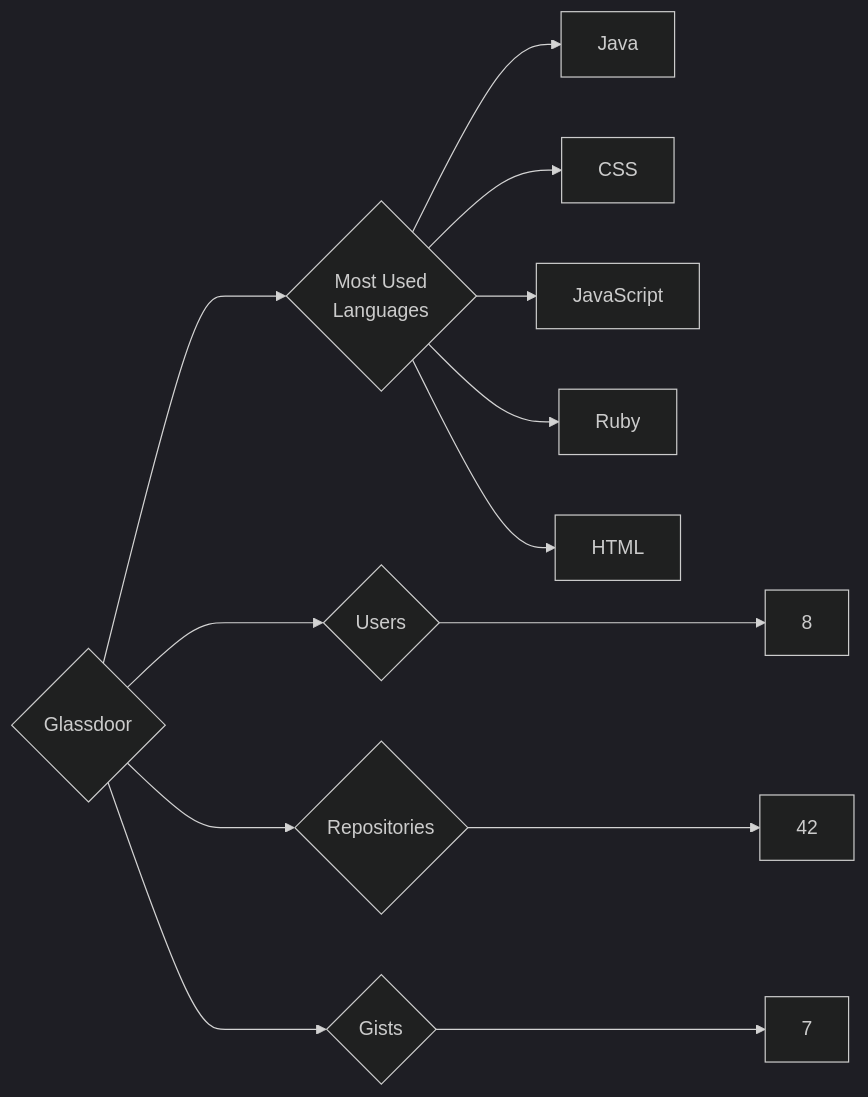
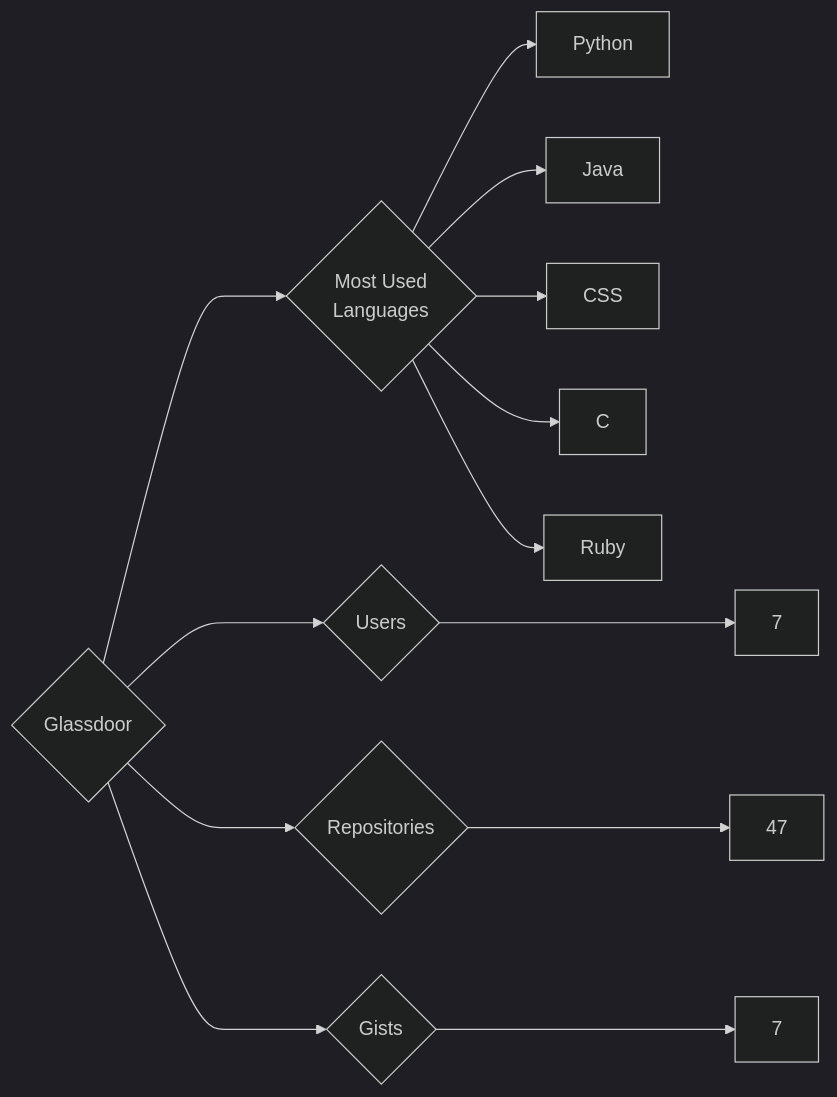
Before and after one commit to trickest/insiders: the diagram in targets/Glassdoor/README.md, drawn with Mermaid (dark theme). The commit also changed 870 other files, not shown here.

````diff
--- a/targets/Glassdoor/README.md
+++ b/targets/Glassdoor/README.md
@@ -3,13 +3,13 @@
 ```mermaid
 graph LR
 COMPANY_NAME{Glassdoor}
-COMPANY_NAME ---> U{Users} ---> UN[8]
-COMPANY_NAME ---> R{Repositories} ---> RN[42]
+COMPANY_NAME ---> U{Users} ---> UN[7]
+COMPANY_NAME ---> R{Repositories} ---> RN[47]
 COMPANY_NAME ---> G{Gists} ---> GN[7]
 COMPANY_NAME ---> ML{Most Used<br>Languages}
+ML --> Python[Python]
 ML --> Java[Java]
 ML --> CSS[CSS]
-ML --> JavaScript[JavaScript]
+ML --> C[C]
 ML --> Ruby[Ruby]
-ML --> HTML[HTML]
 ```
````
